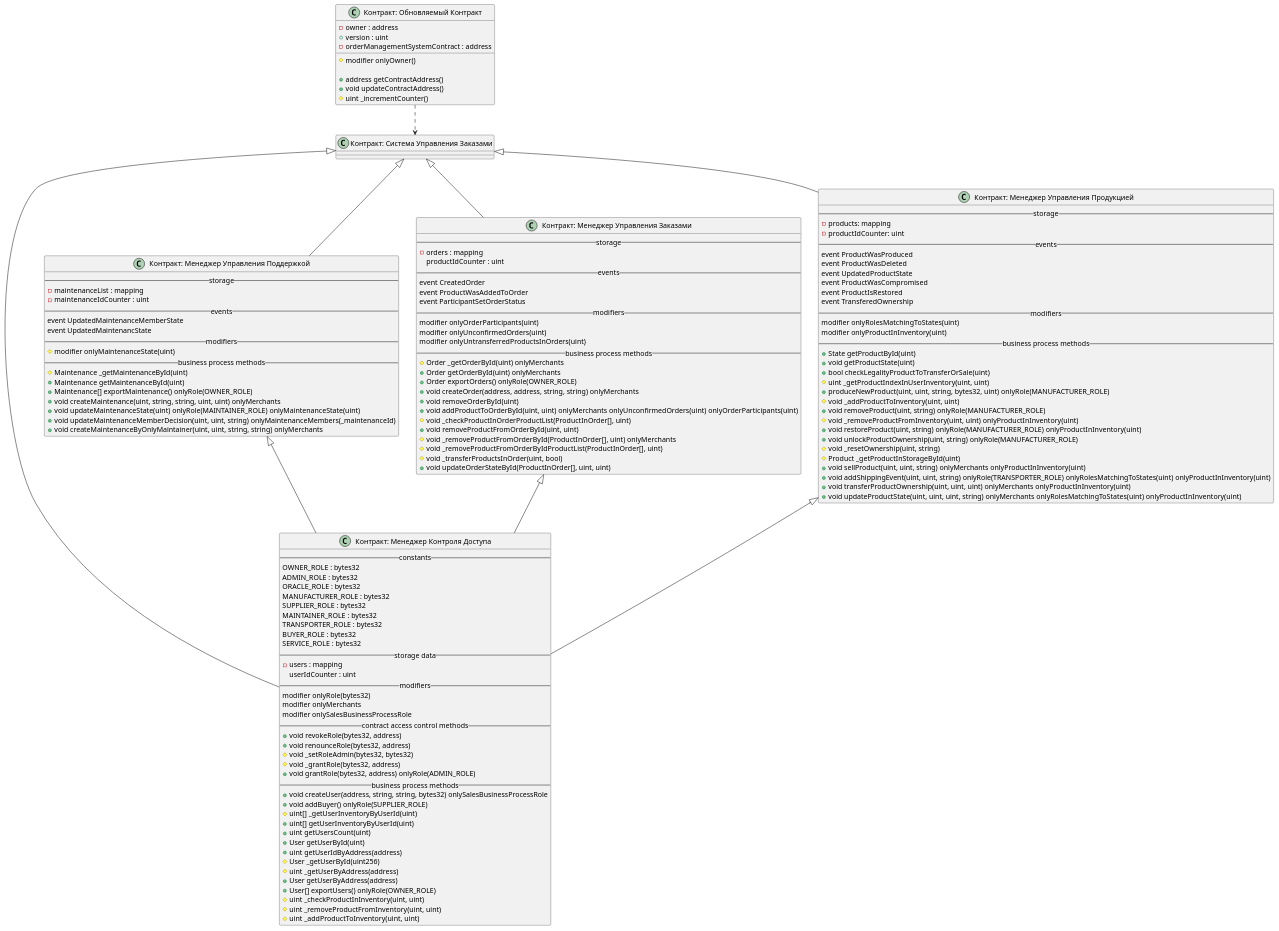
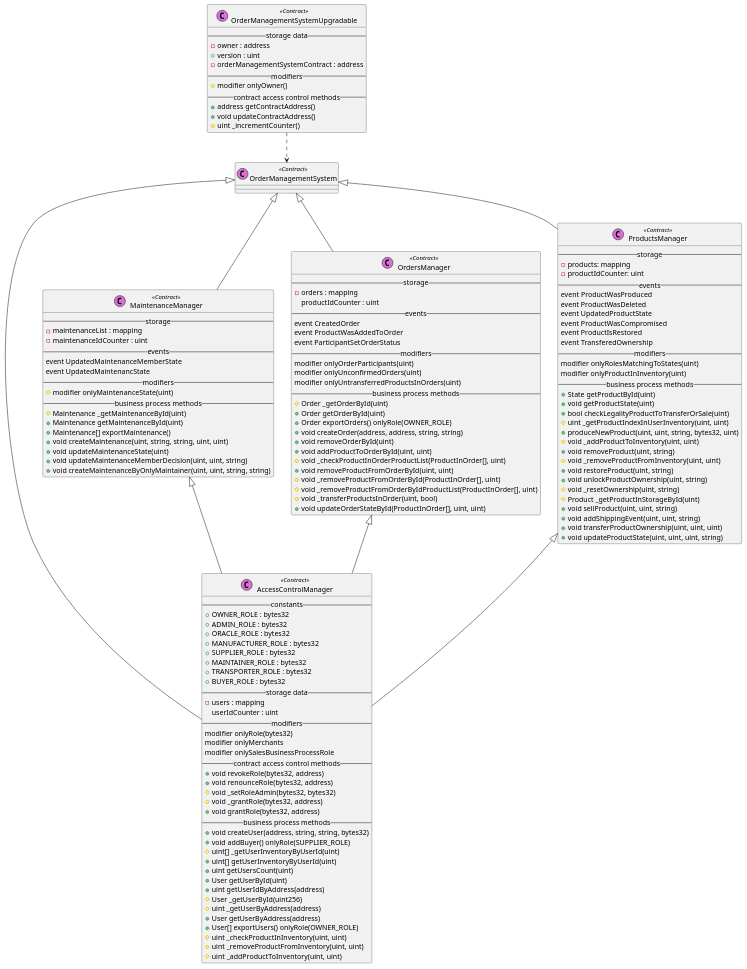
The diagram in docs/diagrams/PlantUML/smart_contracts_classes.wsd (yokawaiik/order_management_system), drawn with PlantUML before and after one commit. The commit also changed 17 other files, not shown here.

```diff
--- a/docs/diagrams/PlantUML/smart_contracts_classes.wsd
+++ b/docs/diagrams/PlantUML/smart_contracts_classes.wsd
@@ -1,162 +1,157 @@
-@startuml 'smart contracts classes'
+@startuml "smart contracts classes"
 
-' class OrderManagementSystem as "Контракт: Система Управления Заказами"
-' class OrderManagementSystemUpgradable as "Контракт: Обновляемый Контракт"
 
-' class AccessControlManager as "Контракт: Менеджер Контроля Доступа"
-' class MaintenanceManager as "Контракт: Менеджер Управления Поддержкой"
-' class OrdersManager as "Контракт:  Менеджер Управления Заказами"
-' class ProductsManager as "Контракт:  Менеджер Управления Продукцией"
+' class OrderManagementSystem   as "Контракт: Система Управления Заказами"  {} 
+' class OrderManagementSystem  << (C, Orchid) php >> {} 
+class OrderManagementSystem  << (C, Orchid) Contract >>  {} 
 
-class OrderManagementSystem  as "Контракт: Система Управления Заказами" 
-
-class OrderManagementSystemUpgradable as "Контракт: Обновляемый Контракт" {
+class OrderManagementSystemUpgradable << (C, Orchid) Contract >> {
+    -- storage data --
     - owner : address
     + version : uint
     - orderManagementSystemContract : address
-
+    -- modifiers --
     # modifier onlyOwner()
-
+    -- сontract access control methods --
     + address getContractAddress()
     + void updateContractAddress()
     # uint _incrementCounter()
 }
 
 
-class AccessControlManager as "Контракт: Менеджер Контроля Доступа" {
+class AccessControlManager << (C, Orchid) Contract >> {
     -- constants --
-    OWNER_ROLE : bytes32
-    ADMIN_ROLE : bytes32
-    ORACLE_ROLE : bytes32
-    MANUFACTURER_ROLE : bytes32
-    SUPPLIER_ROLE : bytes32
-    MAINTAINER_ROLE : bytes32
-    TRANSPORTER_ROLE : bytes32
-    BUYER_ROLE : bytes32
-    SERVICE_ROLE : bytes32
+    + OWNER_ROLE : bytes32
+    + ADMIN_ROLE : bytes32
+    + ORACLE_ROLE : bytes32
+    + MANUFACTURER_ROLE : bytes32
+    + SUPPLIER_ROLE : bytes32
+    + MAINTAINER_ROLE : bytes32
+    + TRANSPORTER_ROLE : bytes32
+    + BUYER_ROLE : bytes32
     -- storage data --
     - users : mapping
     userIdCounter : uint
     -- modifiers --
     modifier onlyRole(bytes32)
     modifier onlyMerchants
     modifier onlySalesBusinessProcessRole
     -- сontract access control methods --
     + void revokeRole(bytes32, address)
     + void renounceRole(bytes32, address)
     # void _setRoleAdmin(bytes32, bytes32)
     # void _grantRole(bytes32, address)
-    + void grantRole(bytes32, address) onlyRole(ADMIN_ROLE)
+    + void grantRole(bytes32, address)
     -- business process methods --
-    + void createUser(address, string, string, bytes32) onlySalesBusinessProcessRole
+    + void createUser(address, string, string, bytes32)
     + void addBuyer() onlyRole(SUPPLIER_ROLE)
     # uint[] _getUserInventoryByUserId(uint)
     + uint[] getUserInventoryByUserId(uint)
     + uint getUsersCount(uint)
     + User getUserById(uint)
     + uint getUserIdByAddress(address)
     # User _getUserById(uint256)
     # uint _getUserByAddress(address)
     + User getUserByAddress(address)
     + User[] exportUsers() onlyRole(OWNER_ROLE)
     # uint _checkProductInInventory(uint, uint)
     # uint _removeProductFromInventory(uint, uint)
     # uint _addProductToInventory(uint, uint)
 }
 
-class MaintenanceManager as "Контракт: Менеджер Управления Поддержкой" {
+class MaintenanceManager << (C, Orchid) Contract >> {
     -- storage --
     - maintenanceList : mapping
     - maintenanceIdCounter : uint
     -- events --
     event UpdatedMaintenanceMemberState
     event UpdatedMaintenancState
     -- modifiers --
     # modifier onlyMaintenanceState(uint)
     -- business process methods --
     # Maintenance _getMaintenanceById(uint)
     + Maintenance getMaintenanceById(uint)
-    + Maintenance[] exportMaintenance() onlyRole(OWNER_ROLE)
-    + void createMaintenance(uint, string, string, uint, uint) onlyMerchants
-    + void updateMaintenanceState(uint) onlyRole(MAINTAINER_ROLE) onlyMaintenanceState(uint)
-    + void updateMaintenanceMemberDecision(uint, uint, string) onlyMaintenanceMembers(_maintenanceId)
-    + void createMaintenanceByOnlyMaintainer(uint, uint, string, string) onlyMerchants
+    + Maintenance[] exportMaintenance()
+    + void createMaintenance(uint, string, string, uint, uint)
+    + void updateMaintenanceState(uint)
+    + void updateMaintenanceMemberDecision(uint, uint, string)
+    + void createMaintenanceByOnlyMaintainer(uint, uint, string, string)
 }
 
-class OrdersManager as "Контракт: Менеджер Управления Заказами" {
+class OrdersManager << (C, Orchid) Contract >> {
     -- storage --
     - orders : mapping
     productIdCounter : uint
     -- events --
     event CreatedOrder
     event ProductWasAddedToOrder
     event ParticipantSetOrderStatus
     -- modifiers --
     modifier onlyOrderParticipants(uint)
     modifier onlyUnconfirmedOrders(uint)
     modifier onlyUntransferredProductsInOrders(uint)
     -- business process methods --
-    # Order _getOrderById(uint) onlyMerchants
-    + Order getOrderById(uint) onlyMerchants
+    # Order _getOrderById(uint)
+    + Order getOrderById(uint)
     + Order exportOrders() onlyRole(OWNER_ROLE)
-    + void createOrder(address, address, string, string) onlyMerchants
+    + void createOrder(address, address, string, string)
     + void removeOrderById(uint)
-    + void addProductToOrderById(uint, uint) onlyMerchants onlyUnconfirmedOrders(uint) onlyOrderParticipants(uint)
+    + void addProductToOrderById(uint, uint)
     # void _checkProductInOrderProductList(ProductInOrder[], uint)
     + void removeProductFromOrderById(uint, uint)
-    # void _removeProductFromOrderById(ProductInOrder[], uint) onlyMerchants
+    # void _removeProductFromOrderById(ProductInOrder[], uint)
     # void _removeProductFromOrderByIdProductList(ProductInOrder[], uint)
     # void _transferProductsInOrder(uint, bool)
     + void updateOrderStateById(ProductInOrder[], uint, uint)
 }
 
-class ProductsManager as "Контракт: Менеджер Управления Продукцией" {
+class ProductsManager << (C, Orchid) Contract >> {
     -- storage --
     - products: mapping
     - productIdCounter: uint
     -- events --
     event ProductWasProduced
     event ProductWasDeleted
     event UpdatedProductState
     event ProductWasCompromised
     event ProductIsRestored
     event TransferedOwnership
     -- modifiers --
     modifier onlyRolesMatchingToStates(uint)
     modifier onlyProductInInventory(uint)
     -- business process methods --
     + State getProductById(uint)
     + void getProductState(uint)
     + bool checkLegalityProductToTransferOrSale(uint)
     # uint _getProductIndexInUserInventory(uint, uint)
-    + produceNewProduct(uint, uint, string, bytes32, uint) onlyRole(MANUFACTURER_ROLE)
+    + produceNewProduct(uint, uint, string, bytes32, uint)
     # void _addProductToInventory(uint, uint)
-    + void removeProduct(uint, string) onlyRole(MANUFACTURER_ROLE)
-    # void _removeProductFromInventory(uint, uint) onlyProductInInventory(uint)
-    + void restoreProduct(uint, string) onlyRole(MANUFACTURER_ROLE) onlyProductInInventory(uint)
-    + void unlockProductOwnership(uint, string) onlyRole(MANUFACTURER_ROLE)
+    + void removeProduct(uint, string)
+    # void _removeProductFromInventory(uint, uint)
+    + void restoreProduct(uint, string)
+    + void unlockProductOwnership(uint, string)
     # void _resetOwnership(uint, string)
     # Product _getProductInStorageById(uint)
-    + void sellProduct(uint, uint, string) onlyMerchants onlyProductInInventory(uint)
-    + void addShippingEvent(uint, uint, string) onlyRole(TRANSPORTER_ROLE) onlyRolesMatchingToStates(uint) onlyProductInInventory(uint)
-    + void transferProductOwnership(uint, uint, uint) onlyMerchants onlyProductInInventory(uint)
-    + void updateProductState(uint, uint, uint, string) onlyMerchants onlyRolesMatchingToStates(uint) onlyProductInInventory(uint)
+    + void sellProduct(uint, uint, string)
+    + void addShippingEvent(uint, uint, string)
+    + void transferProductOwnership(uint, uint, uint)
+    + void updateProductState(uint, uint, uint, string)
 }
 
 
 
 OrderManagementSystemUpgradable ..> OrderManagementSystem
 OrderManagementSystem <|-- AccessControlManager
 OrderManagementSystem <|-- MaintenanceManager
 OrderManagementSystem <|-- OrdersManager
 OrderManagementSystem <|-- ProductsManager
 
 MaintenanceManager <|-- AccessControlManager
 OrdersManager <|-- AccessControlManager
 ProductsManager <|-- AccessControlManager
 
 
 
 
 
 @enduml
```
